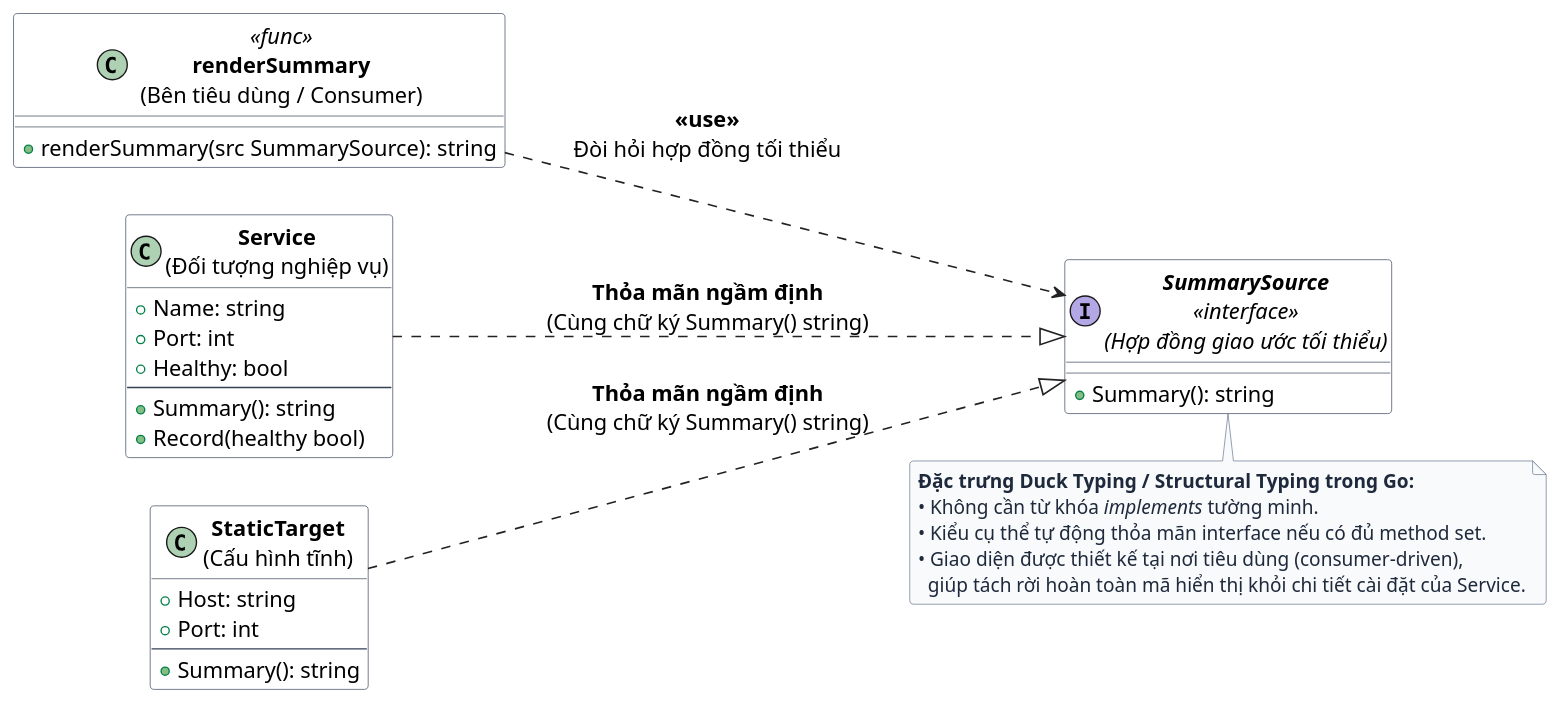
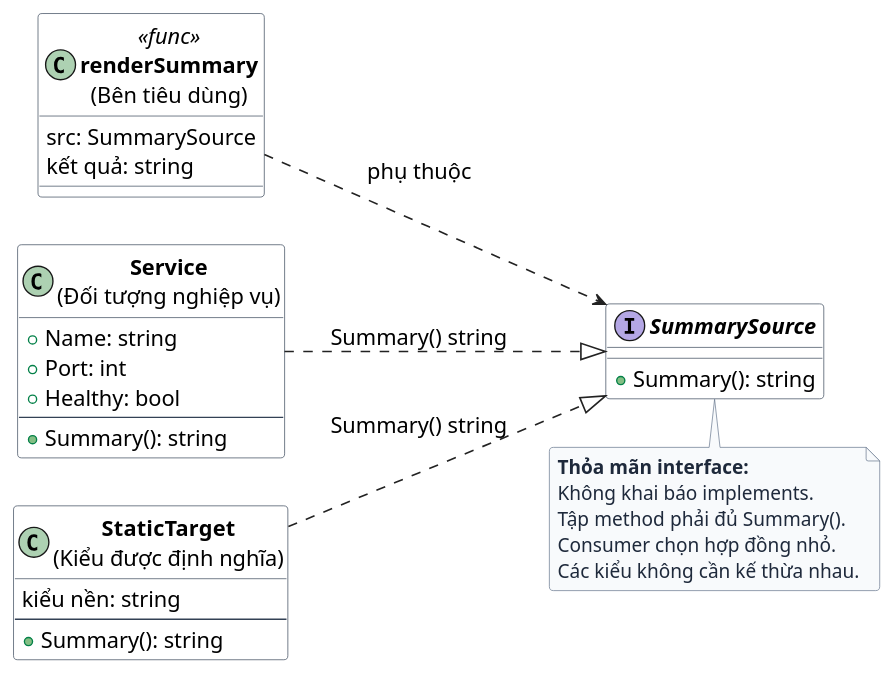
Before and after one commit to Minhlike/Golang: the diagram in assets/diagrams/interface-contract.puml, drawn with PlantUML. The commit also changed 31 other files, not shown here.

```diff
--- a/assets/diagrams/interface-contract.puml
+++ b/assets/diagrams/interface-contract.puml
@@ -1,68 +1,67 @@
 @startuml
 skinparam backgroundColor #FFFFFF
 skinparam defaultFontName "Source Sans 3"
 skinparam defaultFontSize 16
 skinparam shadowing false
 skinparam roundCorner 6
 skinparam arrowColor #222222
 skinparam arrowThickness 1.2
 
 skinparam interface {
   BackgroundColor #F1F5F9
   BorderColor #0F172A
   FontColor #0F172A
   FontStyle bold
 }
 
 skinparam class {
   BackgroundColor #FFFFFF
   BorderColor #334155
   FontColor #000000
 }
 
 skinparam note {
   BackgroundColor #F8FAFC
   BorderColor #64748B
   FontColor #1E293B
   FontSize 14
 }
 
 left to right direction
 
-class "<b>renderSummary</b>\n(Bên tiêu dùng / Consumer)" as consumer <<func>> {
-  + renderSummary(src SummarySource): string
+class "<b>renderSummary</b>\n(Bên tiêu dùng)" as consumer <<func>> {
+  src: SummarySource
+  kết quả: string
 }
 
-interface "<b>SummarySource</b>\n<<interface>>\n(Hợp đồng giao ước tối thiểu)" as contract {
+interface "<b>SummarySource</b>" as contract {
   + Summary(): string
 }
 
 class "<b>Service</b>\n(Đối tượng nghiệp vụ)" as service {
   + Name: string
   + Port: int
   + Healthy: bool
   --
   + Summary(): string
-  + Record(healthy bool)
 }
 
-class "<b>StaticTarget</b>\n(Cấu hình tĩnh)" as static {
-  + Host: string
-  + Port: int
+class "<b>StaticTarget</b>\n(Kiểu được định nghĩa)" as static {
+  kiểu nền: string
   --
   + Summary(): string
 }
 
-consumer ..> contract : <b><<use>></b>\nĐòi hỏi hợp đồng tối thiểu
+consumer ..> contract : phụ thuộc
 
-service ..|> contract : <b>Thỏa mãn ngầm định</b>\n(Cùng chữ ký Summary() string)
-static ..|> contract : <b>Thỏa mãn ngầm định</b>\n(Cùng chữ ký Summary() string)
+service ..|> contract : Summary() string
+static ..|> contract : Summary() string
 
 note bottom of contract
-  <b>Đặc trưng Duck Typing / Structural Typing trong Go:</b>
-  • Không cần từ khóa <i>implements</i> tường minh.
-  • Kiểu cụ thể tự động thỏa mãn interface nếu có đủ method set.
-  • Giao diện được thiết kế tại nơi tiêu dùng (consumer-driven),
-    giúp tách rời hoàn toàn mã hiển thị khỏi chi tiết cài đặt của Service.
+  <b>Thỏa mãn interface:</b>
+  Không khai báo implements.
+  Tập method phải đủ Summary().
+  Consumer chọn hợp đồng nhỏ.
+  Các kiểu không cần kế thừa nhau.
 end note
 @enduml
```
